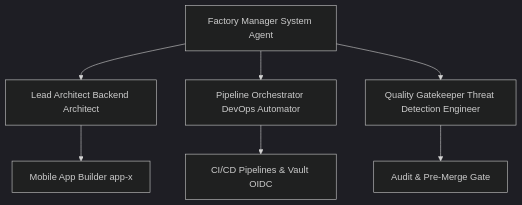
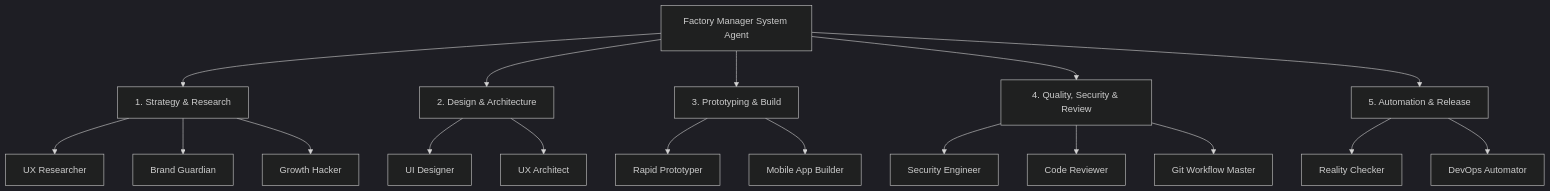
One commit to tysongoulding/appFactory changed the first of 2 diagrams in AGENTS.md. Above: the diagram before and after it, drawn with Mermaid (dark theme). The commit also changed other lines of this file and 7 other files, not shown here.

Commit message:
feat: restructure agent definitions into a 12-agent chronological sequence and enforce branch protection gating rules

````diff
--- a/AGENTS.md
+++ b/AGENTS.md
@@ -11,10 +11,25 @@
 ```mermaid
 graph TD
-    FM[Factory Manager System Agent] --> LA[Lead Architect Backend Architect]
-    FM --> PO[Pipeline Orchestrator DevOps Automator]
-    FM --> QG[Quality Gatekeeper Threat Detection Engineer]
+    FM[Factory Manager System Agent] --> Strategy[1. Strategy & Research]
+    FM --> Design[2. Design & Architecture]
+    FM --> Prototyping[3. Prototyping & Build]
+    FM --> Quality[4. Quality, Security & Review]
+    FM --> Release[5. Automation & Release]
     
-    LA --> MAB[Mobile App Builder app-x]
-    PO --> CI[CI/CD Pipelines & Vault OIDC]
-    QG --> Audit[Audit & Pre-Merge Gate]
+    Strategy --> UXR[UX Researcher]
+    Strategy --> BG[Brand Guardian]
+    Strategy --> GH[Growth Hacker]
+    
+    Design --> UID[UI Designer]
+    Design --> UXA[UX Architect]
+    
+    Prototyping --> RP[Rapid Prototyper]
+    Prototyping --> MAB[Mobile App Builder]
+    
+    Quality --> SE[Security Engineer]
+    Quality --> CR[Code Reviewer]
+    Quality --> GWM[Git Workflow Master]
+    
+    Release --> RC[Reality Checker]
+    Release --> DA[DevOps Automator]
 ```
````
